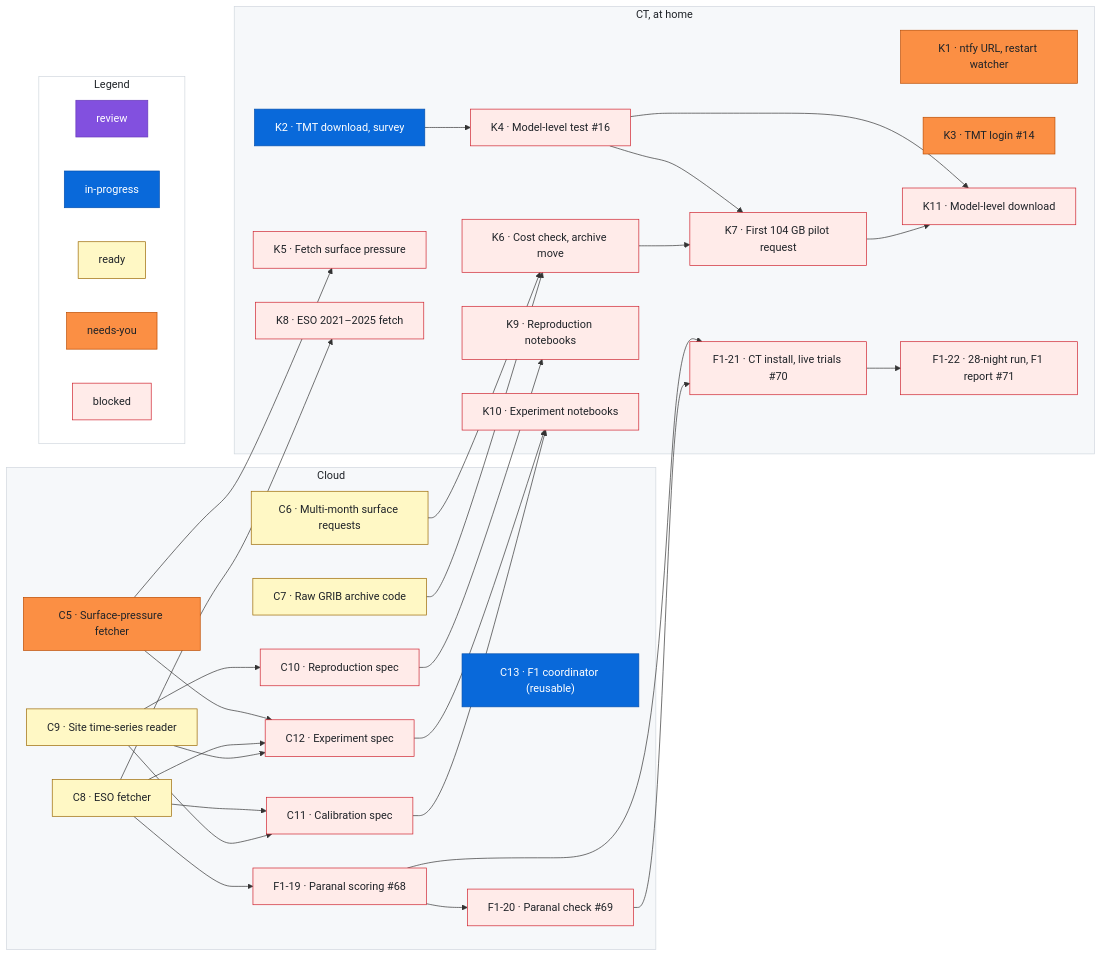
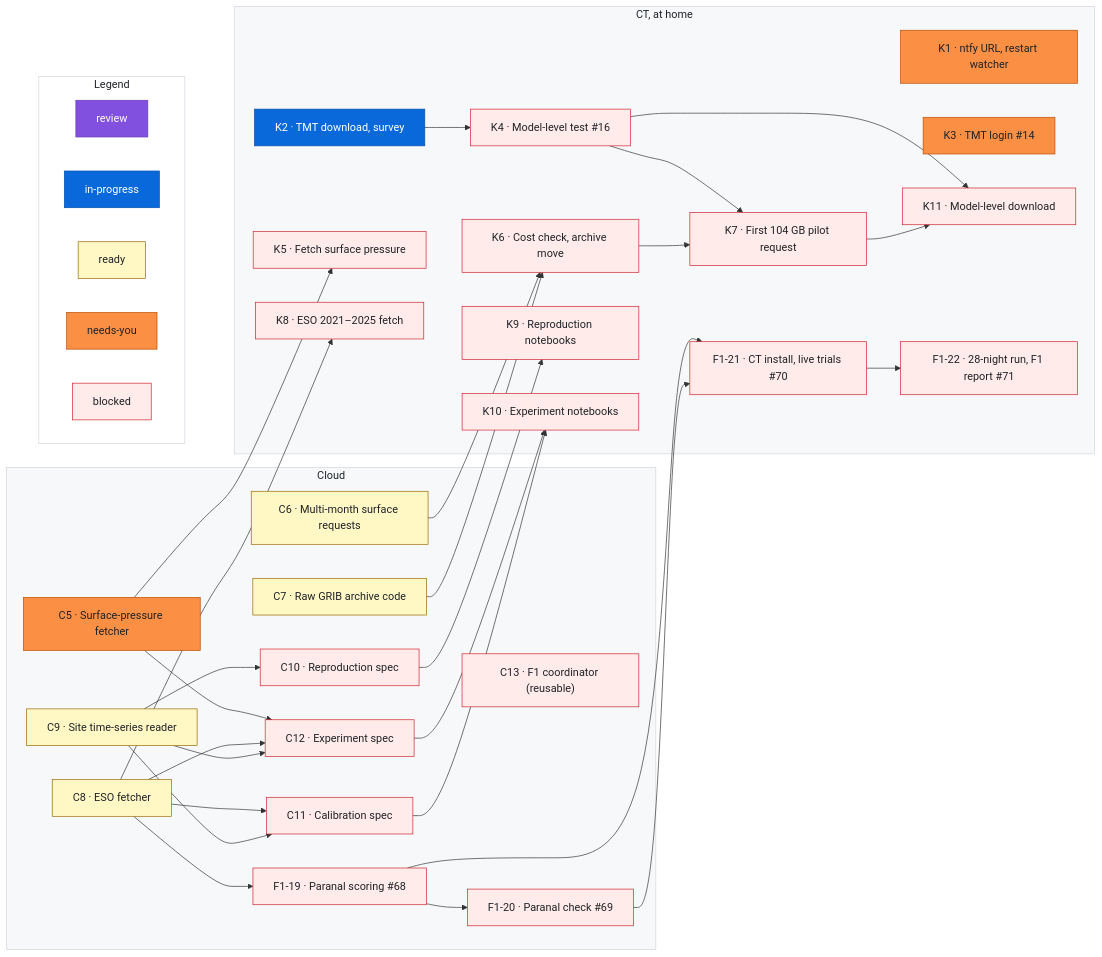
Before and after one commit to rrweller/Astro-seeing: the diagram in docs/roadmap.md, drawn with Mermaid. The commit also changed other lines of this file, not shown here.

Commit message:
roadmap: C13 in-progress → blocked
Claude-Session: https://claude.ai/code/session_01ECS9raFm3vxsrVcoCuKymK

```diff
--- a/docs/roadmap.md
+++ b/docs/roadmap.md
@@ -154,7 +154,7 @@
   %% ---
   class C12 blocked
   %% ---
-  class C13 inprogress
+  class C13 blocked
   %% ---
   class F1_19 blocked
   %% ---
```
